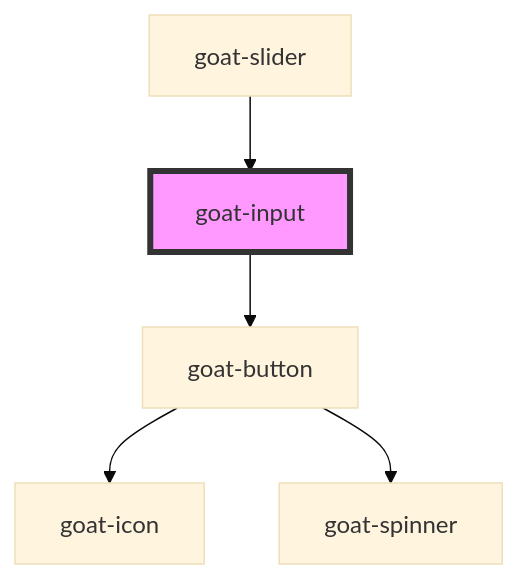
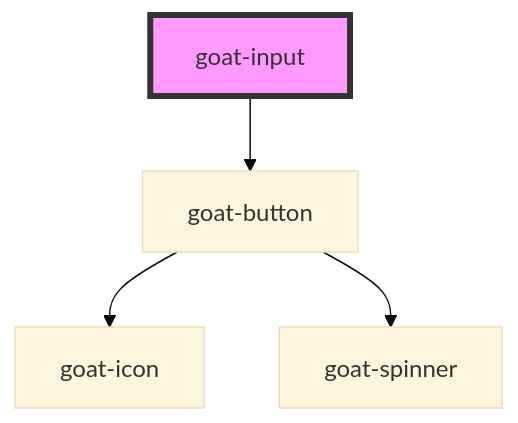
Before and after one commit to goatui/components: the diagram in src/components/data-entry/input/readme.md, drawn with Mermaid (base theme). The commit also changed other lines of this file and 73 other files, not shown here.

````diff
--- a/src/components/data-entry/input/readme.md
+++ b/src/components/data-entry/input/readme.md
@@ -84,8 +80,7 @@
 ```mermaid
 graph TD;
   goat-input --> goat-button
   goat-button --> goat-icon
   goat-button --> goat-spinner
-  goat-slider --> goat-input
   style goat-input fill:#f9f,stroke:#333,stroke-width:4px
 ```
````
